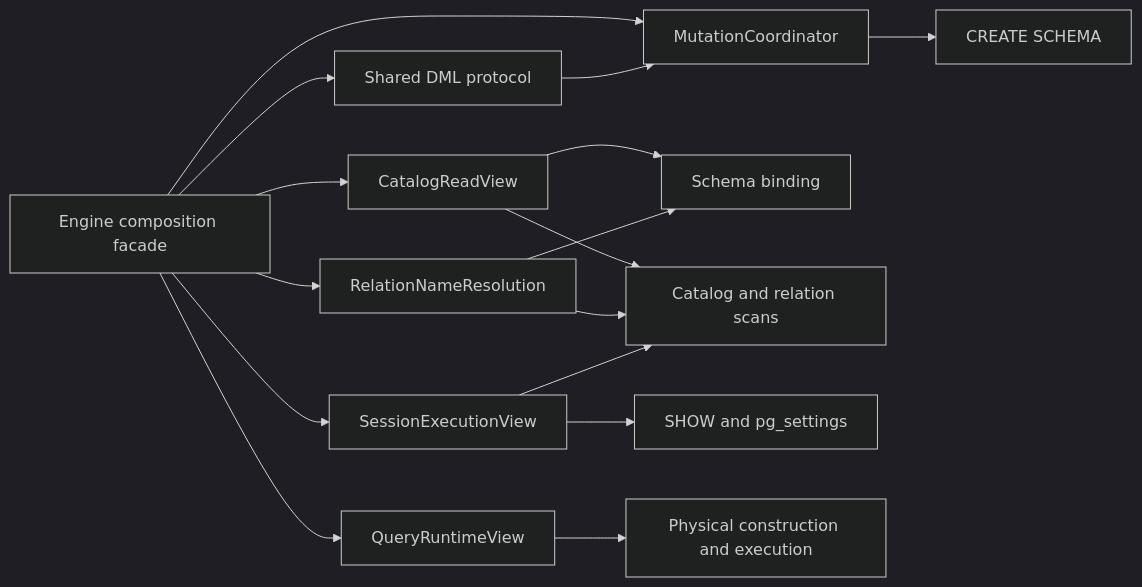
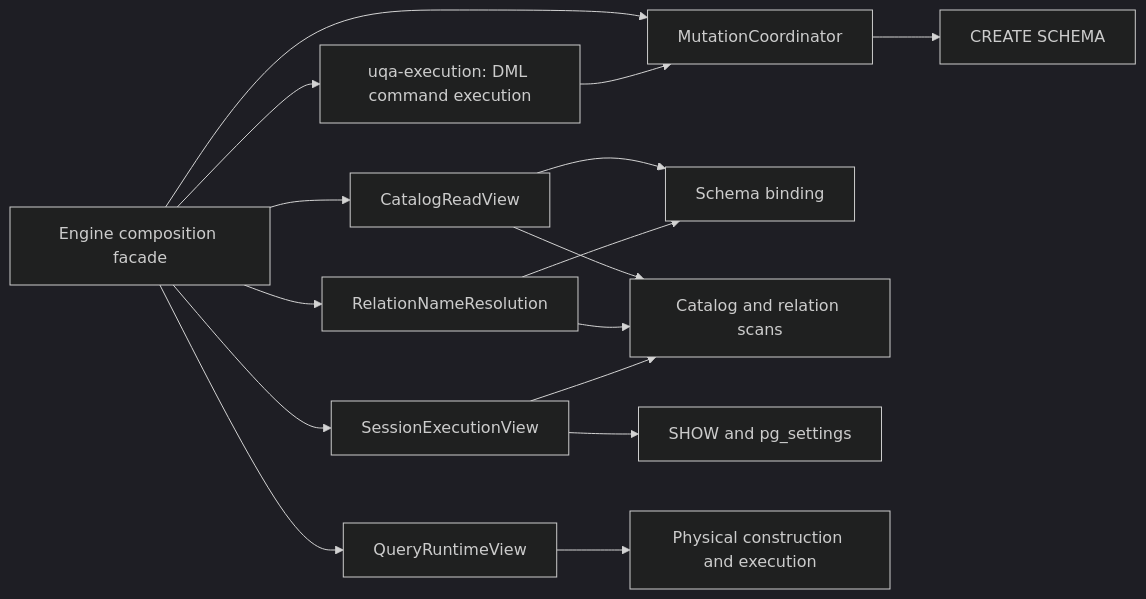
Before and after one commit to cognica-io/uqa-engine: the second of 2 diagrams in docs/manual/internals/02-planning-and-execution.md, drawn with Mermaid (dark theme). The commit also changed other lines of this file and 354 other files, not shown here.

````diff
--- a/docs/manual/internals/02-planning-and-execution.md
+++ b/docs/manual/internals/02-planning-and-execution.md
@@ -44,18 +52,18 @@
 ```mermaid
 flowchart LR
     Engine[Engine composition facade] --> Catalog[CatalogReadView]
     Engine --> Resolution[RelationNameResolution]
     Engine --> Session[SessionExecutionView]
     Engine --> Runtime[QueryRuntimeView]
     Engine --> Mutation[MutationCoordinator]
     Catalog --> Bind[Schema binding]
     Resolution --> Bind
     Catalog --> Scan[Catalog and relation scans]
     Resolution --> Scan
     Session --> Scan
     Session --> Settings[SHOW and pg_settings]
     Runtime --> Physical[Physical construction and execution]
     Mutation --> Schema[CREATE SCHEMA]
-    Engine --> DML[Shared DML protocol]
+    Engine --> DML[uqa-execution: DML command execution]
     DML --> Mutation
 ```
````
